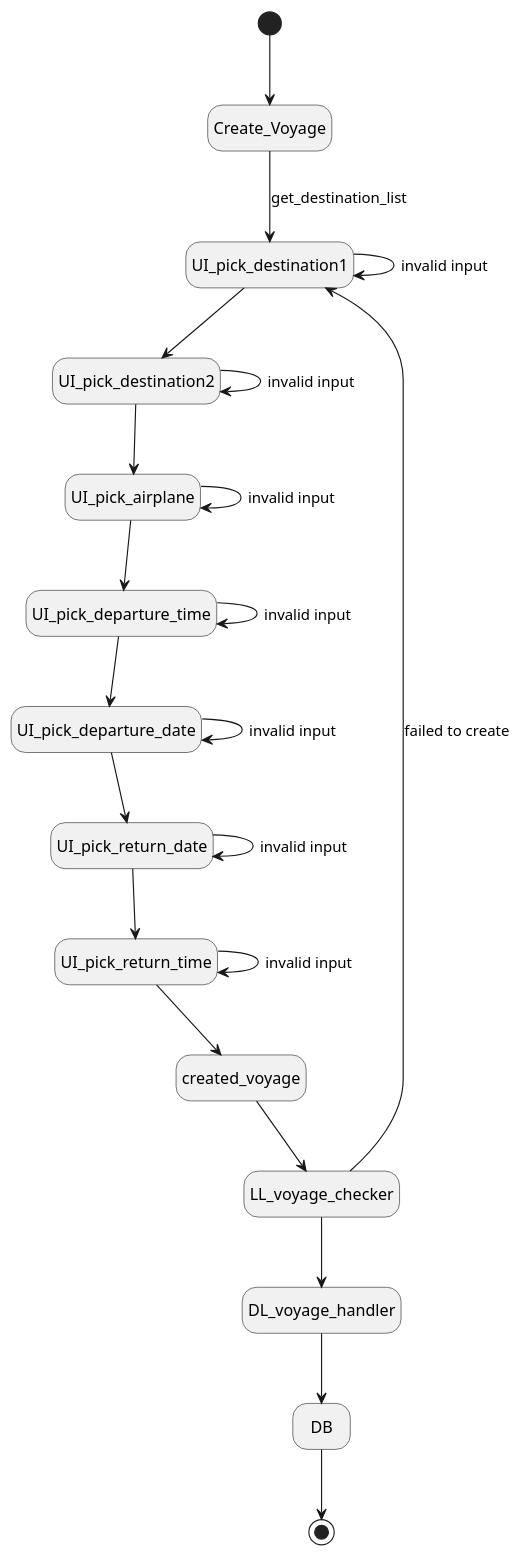
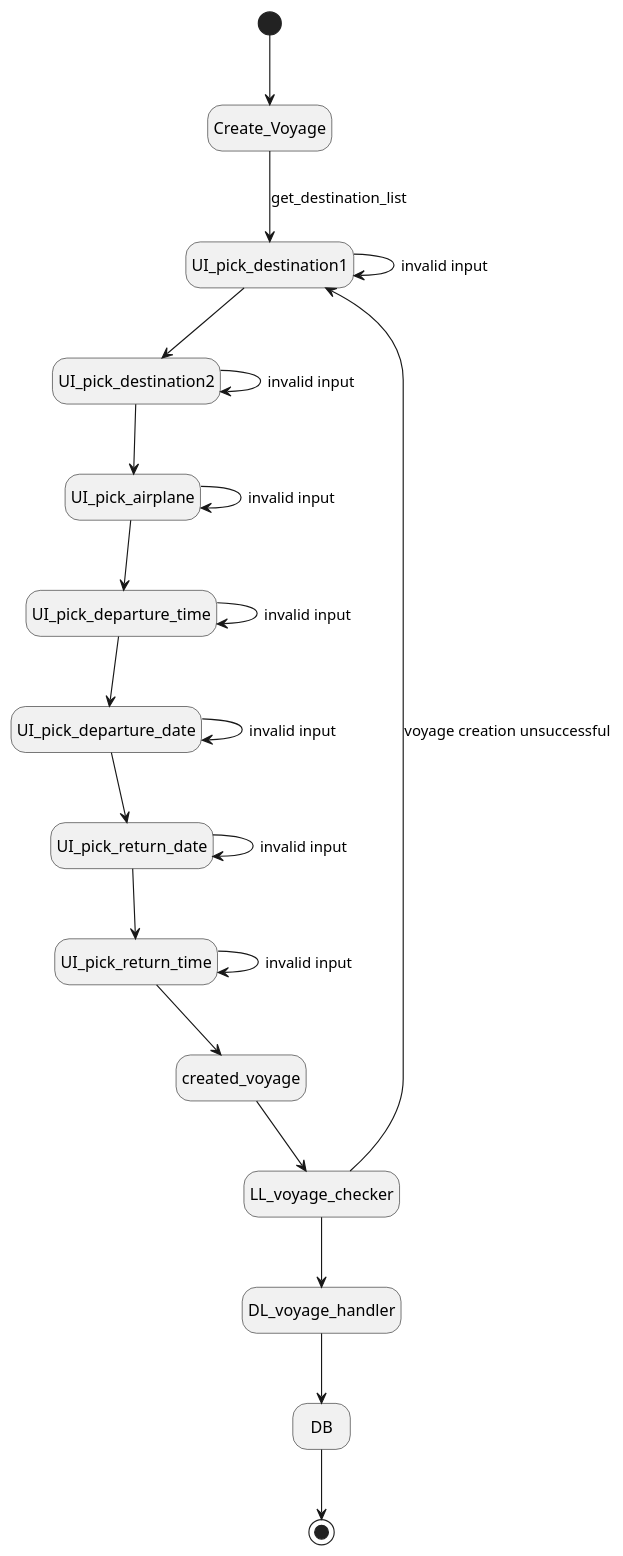
One commit to irmalexandra/vln1_chuck_nan changed the diagram in state_diagrams/create_voyage.puml. Above: the diagram before and after it, drawn with PlantUML. The commit also changed 2 other files, not shown here.

Commit message:
more state diagrams

```diff
--- a/state_diagrams/create_voyage.puml
+++ b/state_diagrams/create_voyage.puml
@@ -1,34 +1,34 @@
 @startuml create voyage
 hide empty description
 
 [*] --> Create_Voyage
 Create_Voyage --> UI_pick_destination1 : get_destination_list 
 UI_pick_destination1 --> UI_pick_destination1 :invalid input
 
 UI_pick_destination1 --> UI_pick_destination2
 UI_pick_destination2 --> UI_pick_destination2:invalid input
 
 UI_pick_destination2 -->UI_pick_airplane
 UI_pick_airplane --> UI_pick_airplane:invalid input
 
 UI_pick_airplane --> UI_pick_departure_time
 UI_pick_departure_time --> UI_pick_departure_time:invalid input
 
 UI_pick_departure_time --> UI_pick_departure_date
 UI_pick_departure_date --> UI_pick_departure_date:invalid input
 
 UI_pick_departure_date --> UI_pick_return_date
 UI_pick_return_date--> UI_pick_return_time
 UI_pick_return_time --> UI_pick_return_time:invalid input
 UI_pick_return_date --> UI_pick_return_date:invalid input
 UI_pick_return_time --> created_voyage
 created_voyage --> LL_voyage_checker
-LL_voyage_checker --> UI_pick_destination1: failed to create
+LL_voyage_checker --> UI_pick_destination1: voyage creation unsuccessful
 LL_voyage_checker --> DL_voyage_handler
 
 
 DL_voyage_handler --> DB 
 DB --> [*]
 
 
 @enduml
```
